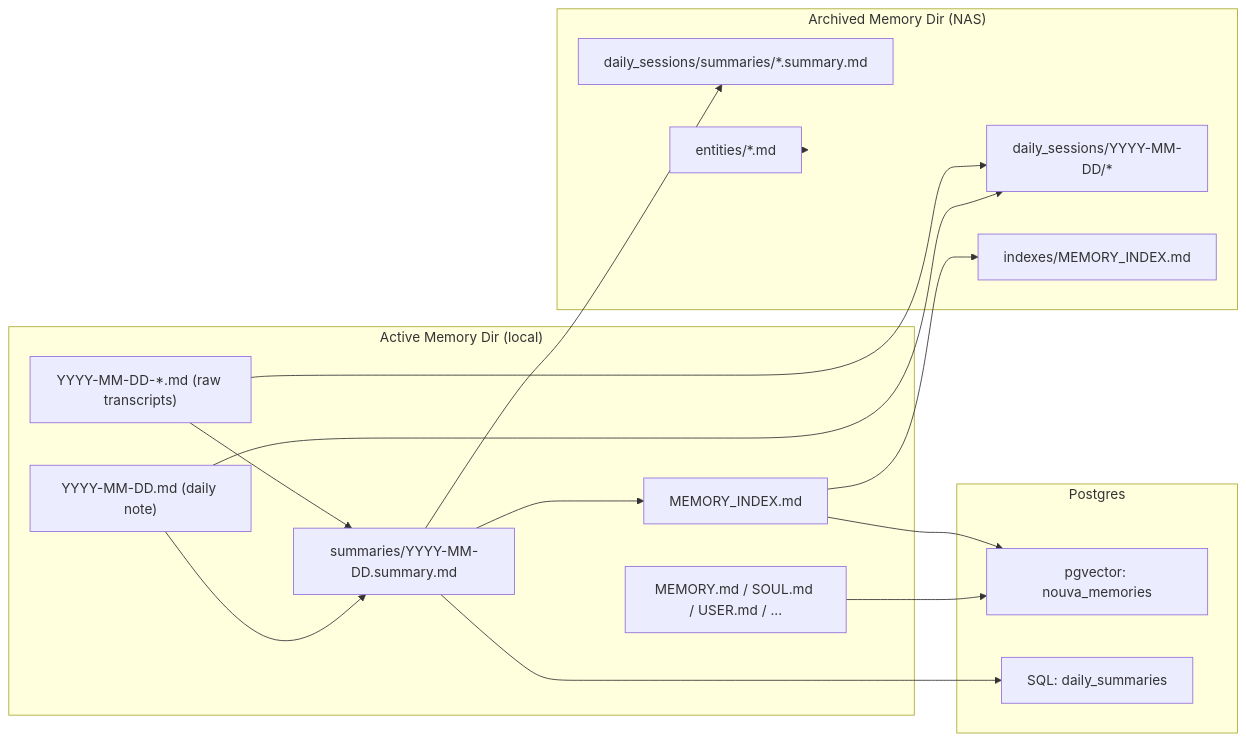
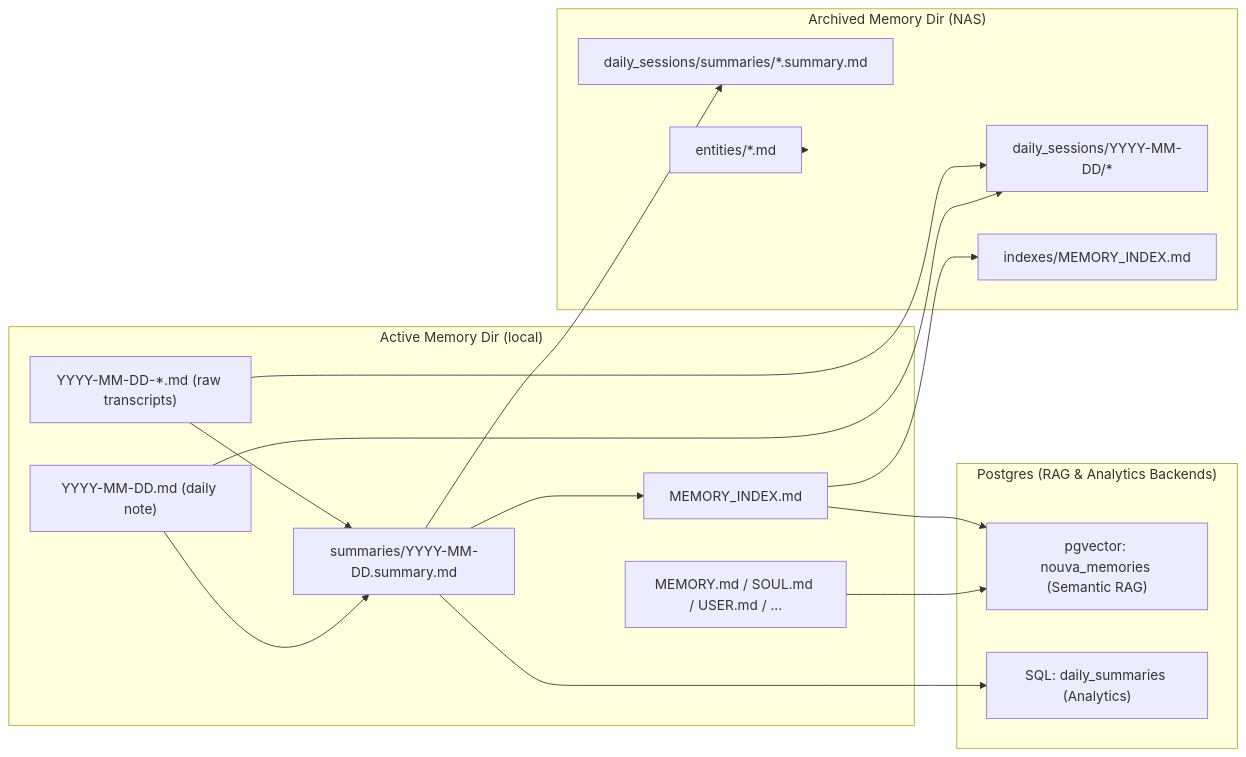
One commit to nouverse-tech/nouva-mcp-server changed the first of 4 diagrams in src/skills/memory_engine/ARCHITECTURE.md. Above: the diagram before and after it, drawn with Mermaid. The commit also changed other lines of this file and 1 other file, not shown here.

Commit message:
docs: explicit RAG mentions in ARCHITECTURE.md and README.md

````diff
--- a/src/skills/memory_engine/ARCHITECTURE.md
+++ b/src/skills/memory_engine/ARCHITECTURE.md
@@ -51,38 +51,38 @@
 ```mermaid
 flowchart LR
   subgraph Local["Active Memory Dir (local)"]
     DN["YYYY-MM-DD.md (daily note)"]
     RT["YYYY-MM-DD-*.md (raw transcripts)"]
     SUM["summaries/YYYY-MM-DD.summary.md"]
     IDX["MEMORY_INDEX.md"]
     CORE["MEMORY.md / SOUL.md / USER.md / ..."]
   end
 
   subgraph NAS["Archived Memory Dir (NAS)"]
     NASDAY["daily_sessions/YYYY-MM-DD/*"]
     NASSUM["daily_sessions/summaries/*.summary.md"]
     NASIDX["indexes/MEMORY_INDEX.md"]
     ENT["entities/*.md"]
   end
 
-  subgraph PG["Postgres"]
-    VEC["pgvector: nouva_memories"]
-    ANA["SQL: daily_summaries"]
+  subgraph PG["Postgres (RAG & Analytics Backends)"]
+    VEC["pgvector: nouva_memories (Semantic RAG)"]
+    ANA["SQL: daily_summaries (Analytics)"]
   end
 
   DN --> SUM
   RT --> SUM
 
   SUM --> IDX
   IDX --> NASIDX
 
   CORE --> VEC
   IDX --> VEC
 
   SUM --> ANA
 
   DN --> NASDAY
   RT --> NASDAY
   SUM --> NASSUM
   ENT --> NAS
 ```
````
